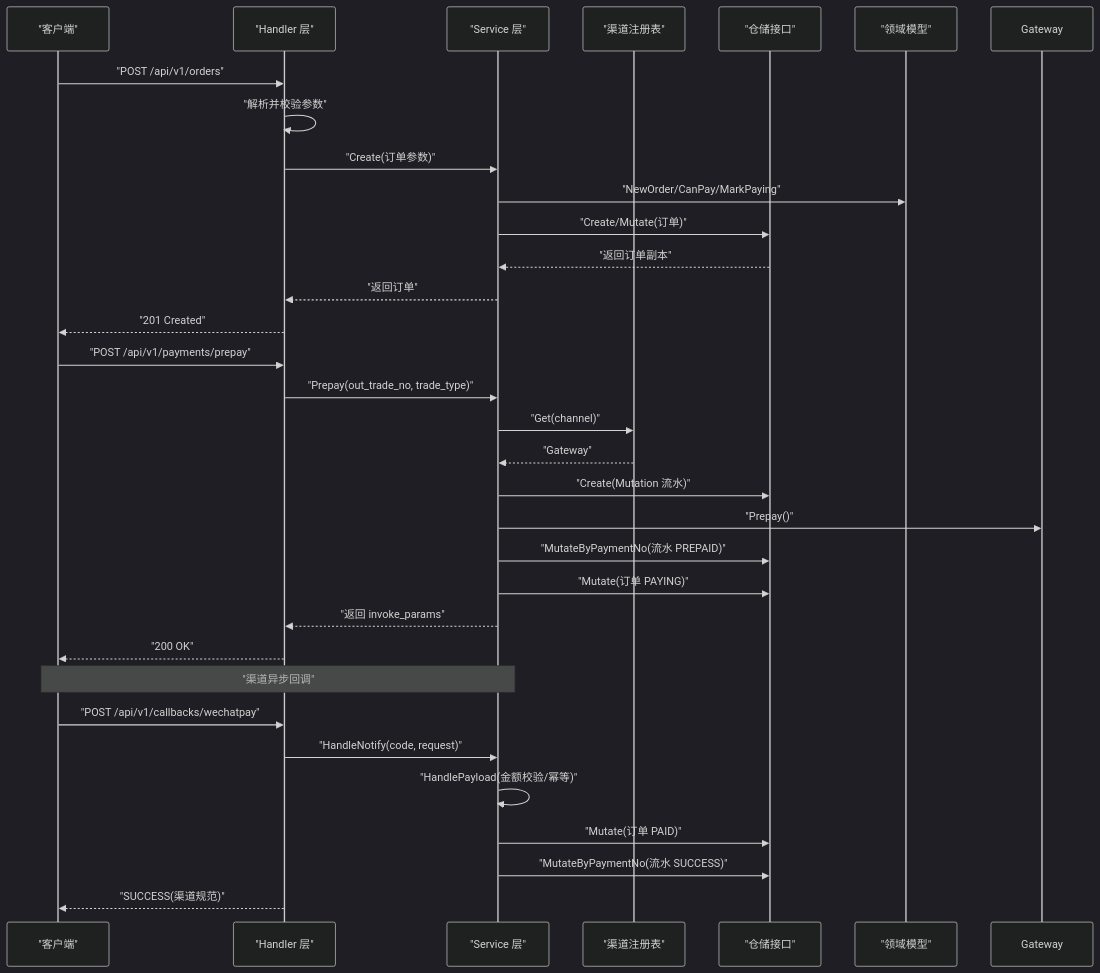
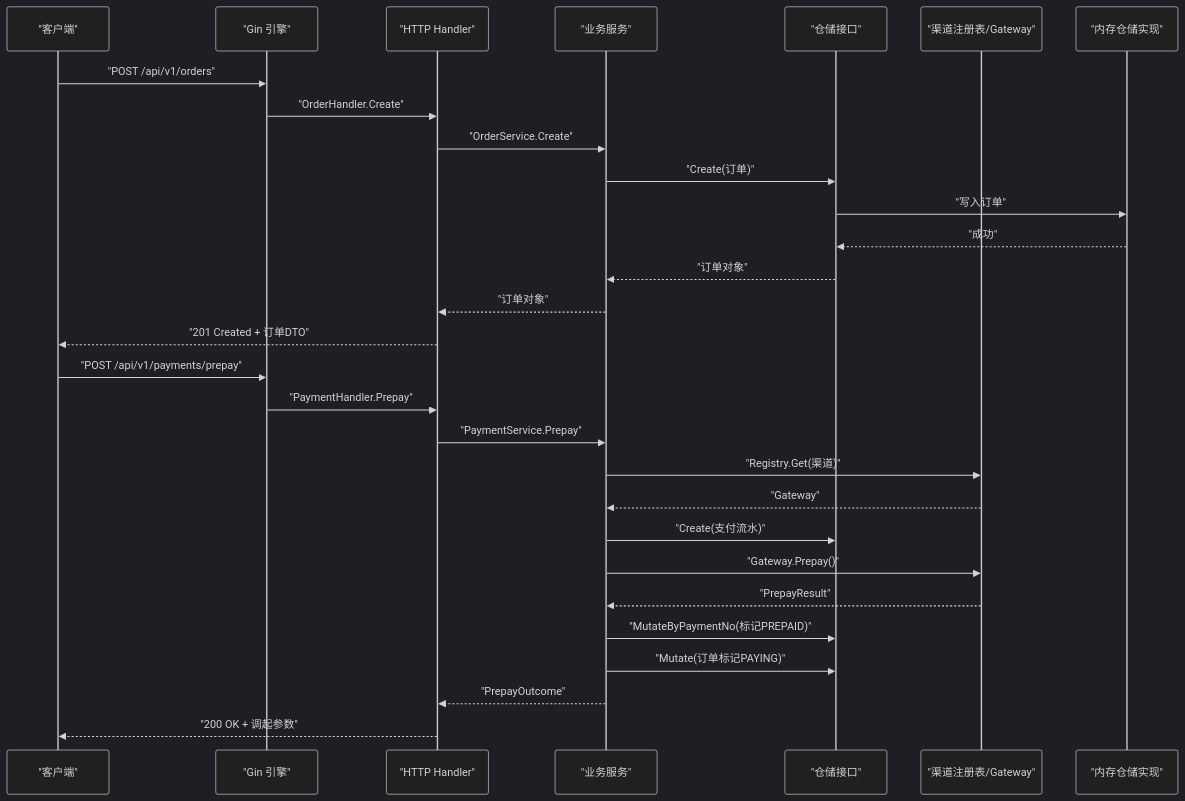
One commit to gbtdesign/payment changed the second of 9 diagrams in .qoder/repowiki/zh/content/架构设计/架构设计.md. Above: the diagram before and after it, drawn with Mermaid (dark theme). The commit also changed other lines of this file and 107 other files, not shown here.

````diff
--- a/.qoder/repowiki/zh/content/架构设计/架构设计.md
+++ b/.qoder/repowiki/zh/content/架构设计/架构设计.md
@@ -128,34 +101,31 @@
 ```mermaid
 sequenceDiagram
 participant Client as "客户端"
-participant Handler as "Handler 层"
-participant Service as "Service 层"
-participant Registry as "渠道注册表"
+participant Gin as "Gin 引擎"
+participant Handler as "HTTP Handler"
+participant Service as "业务服务"
 participant Repo as "仓储接口"
-participant Model as "领域模型"
-Client->>Handler : "POST /api/v1/orders"
-Handler->>Handler : "解析并校验参数"
-Handler->>Service : "Create(订单参数)"
-Service->>Model : "NewOrder/CanPay/MarkPaying"
-Service->>Repo : "Create/Mutate(订单)"
-Repo-->>Service : "返回订单副本"
-Service-->>Handler : "返回订单"
-Handler-->>Client : "201 Created"
-Client->>Handler : "POST /api/v1/payments/prepay"
-Handler->>Service : "Prepay(out_trade_no, trade_type)"
-Service->>Registry : "Get(channel)"
-Registry-->>Service : "Gateway"
-Service->>Repo : "Create(Mutation 流水)"
-Service->>Gateway : "Prepay()"
-Service->>Repo : "MutateByPaymentNo(流水 PREPAID)"
-Service->>Repo : "Mutate(订单 PAYING)"
-Service-->>Handler : "返回 invoke_params"
-Handler-->>Client : "200 OK"
-Note over Client,Service : "渠道异步回调"
-Client->>Handler : "POST /api/v1/callbacks/wechatpay"
-Handler->>Service : "HandleNotify(code, request)"
-Service->>Service : "HandlePayload(金额校验/幂等)"
-Service->>Repo : "Mutate(订单 PAID)"
-Service->>Repo : "MutateByPaymentNo(流水 SUCCESS)"
-Handler-->>Client : "SUCCESS(渠道规范)"
+participant Channel as "渠道注册表/Gateway"
+participant Store as "内存仓储实现"
+Client->>Gin : "POST /api/v1/orders"
+Gin->>Handler : "OrderHandler.Create"
+Handler->>Service : "OrderService.Create"
+Service->>Repo : "Create(订单)"
+Repo->>Store : "写入订单"
+Store-->>Repo : "成功"
+Repo-->>Service : "订单对象"
+Service-->>Handler : "订单对象"
+Handler-->>Client : "201 Created + 订单DTO"
+Client->>Gin : "POST /api/v1/payments/prepay"
+Gin->>Handler : "PaymentHandler.Prepay"
+Handler->>Service : "PaymentService.Prepay"
+Service->>Channel : "Registry.Get(渠道)"
+Channel-->>Service : "Gateway"
+Service->>Repo : "Create(支付流水)"
+Service->>Channel : "Gateway.Prepay()"
+Channel-->>Service : "PrepayResult"
+Service->>Repo : "MutateByPaymentNo(标记PREPAID)"
+Service->>Repo : "Mutate(订单标记PAYING)"
+Service-->>Handler : "PrepayOutcome"
+Handler-->>Client : "200 OK + 调起参数"
 ```
````
